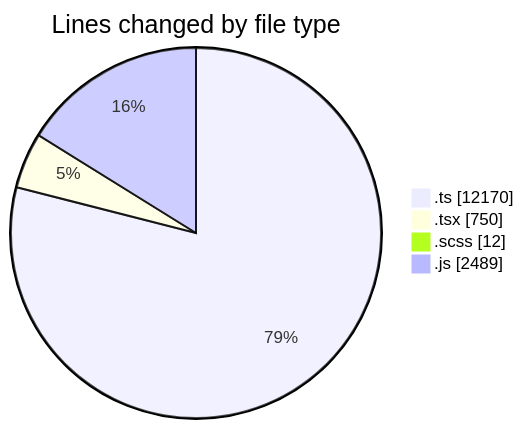
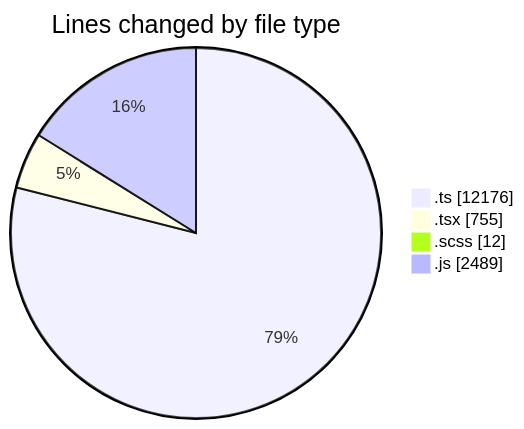
One commit to momahboobian/code-tracking changed the first of 2 diagrams in 2026-03-17/cda/README.md. Above: the diagram before and after it, drawn with Mermaid. The commit also changed other lines of this file and 1 other file, not shown here.

````diff
--- a/2026-03-17/cda/README.md
+++ b/2026-03-17/cda/README.md
@@ -39,8 +39,8 @@
 ```mermaid
 pie showData
 title Lines changed by file type
-".ts" : 12170
-".tsx" : 750
+".ts" : 12176
+".tsx" : 755
 ".scss" : 12
 ".js" : 2489
 ```
````
